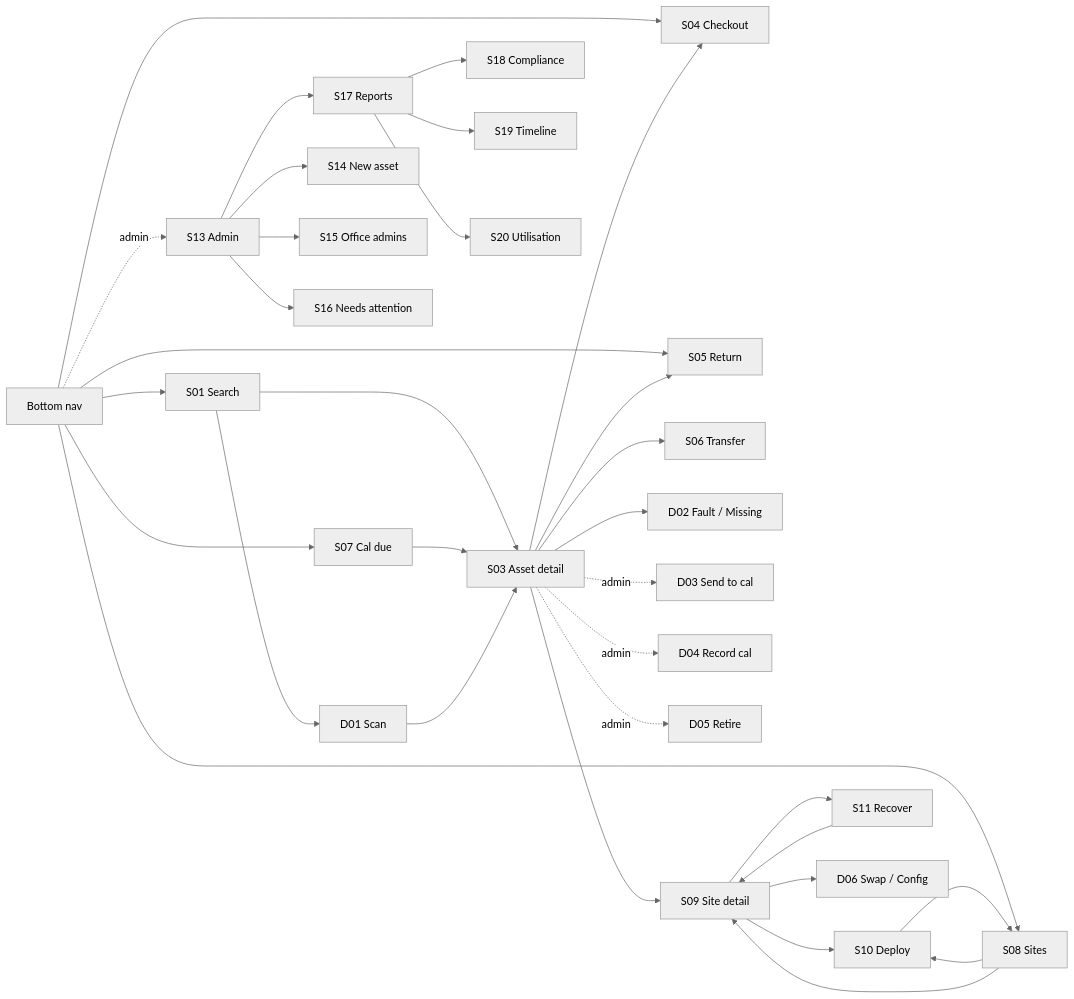
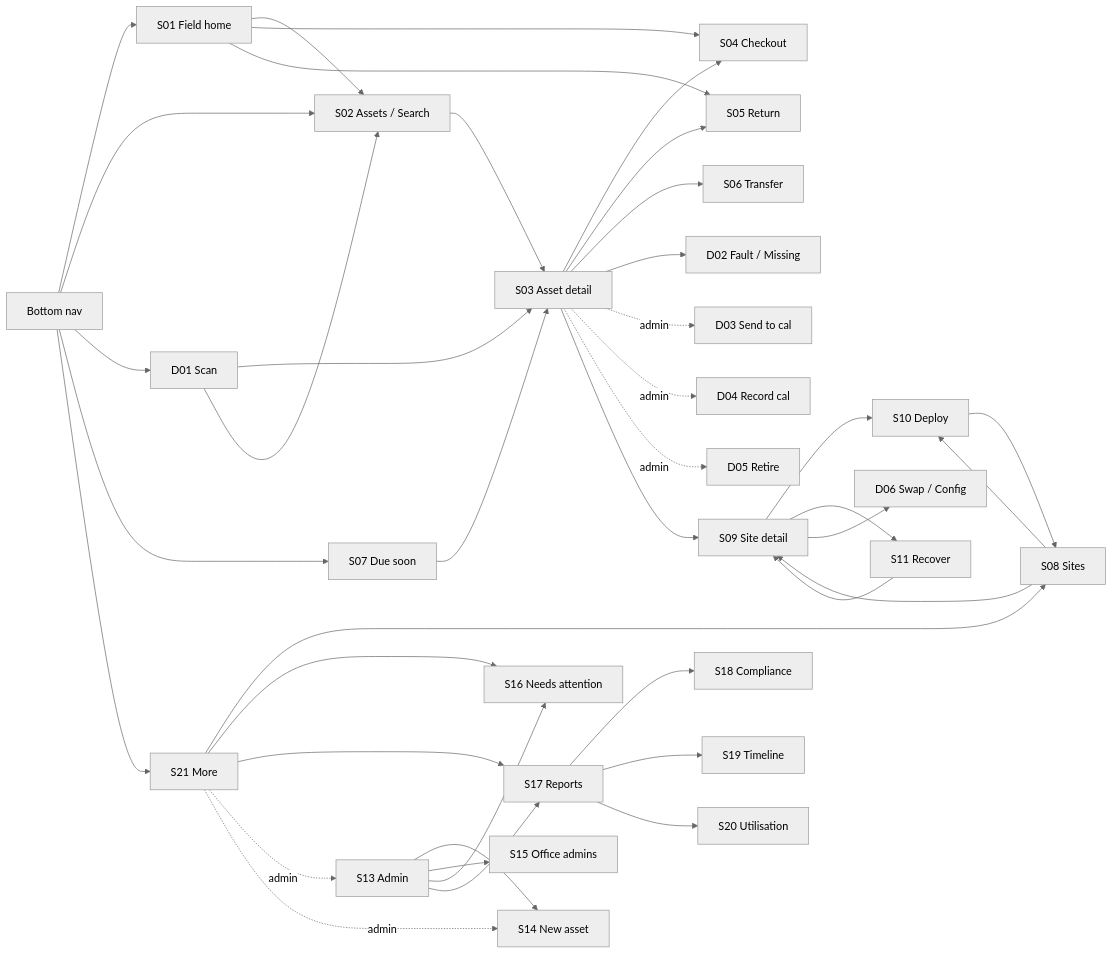
The diagram in docs/12-ui-spec.md (jayapatel1511-hub/Asset-Managment), drawn with Mermaid (neutral theme) before and after one commit. The commit also changed other lines of this file and 143 other files, not shown here.

````diff
--- a/docs/12-ui-spec.md
+++ b/docs/12-ui-spec.md
@@ -252,38 +277,46 @@
 ```mermaid
 flowchart LR
-  NAV[Bottom nav] --> S01[S01 Search]
-  NAV --> S07[S07 Cal due]
-  NAV --> S04[S04 Checkout]
-  NAV --> S05[S05 Return]
-  NAV --> S08[S08 Sites]
-  NAV -. admin .-> S13[S13 Admin]
+  NAV[Bottom nav] --> S01[S01 Field home]
+  NAV --> S02[S02 Assets / Search]
+  NAV --> D01[D01 Scan]
+  NAV --> S07[S07 Due soon]
+  NAV --> S21[S21 More]
 
-  S01 --> D01[D01 Scan]
-  S01 --> S03[S03 Asset detail]
+  S01 --> S02
+  S01 --> S04[S04 Checkout]
+  S01 --> S05[S05 Return]
+  S02 --> S03[S03 Asset detail]
   S07 --> S03
   D01 --> S03
+  D01 --> S02
   S03 --> S04
   S03 --> S05
   S03 --> S06[S06 Transfer]
   S03 --> D02[D02 Fault / Missing]
   S03 -. admin .-> D03[D03 Send to cal]
   S03 -. admin .-> D04[D04 Record cal]
   S03 -. admin .-> D05[D05 Retire]
   S03 --> S09[S09 Site detail]
 
+  S21 --> S08[S08 Sites]
+  S21 --> S16[S16 Needs attention]
+  S21 --> S17[S17 Reports]
+  S21 -. admin .-> S13[S13 Admin]
+  S21 -. admin .-> S14[S14 New asset]
+
   S08 --> S10[S10 Deploy]
   S08 --> S09
   S09 --> S10
   S09 --> S11[S11 Recover]
   S09 --> D06[D06 Swap / Config]
   S10 --> S08
   S11 --> S09
 
-  S13 --> S14[S14 New asset]
+  S13 --> S14
   S13 --> S15[S15 Office admins]
-  S13 --> S16[S16 Needs attention]
-  S13 --> S17[S17 Reports]
+  S13 --> S16
+  S13 --> S17
   S17 --> S18[S18 Compliance]
   S17 --> S19[S19 Timeline]
   S17 --> S20[S20 Utilisation]
 ```
````
